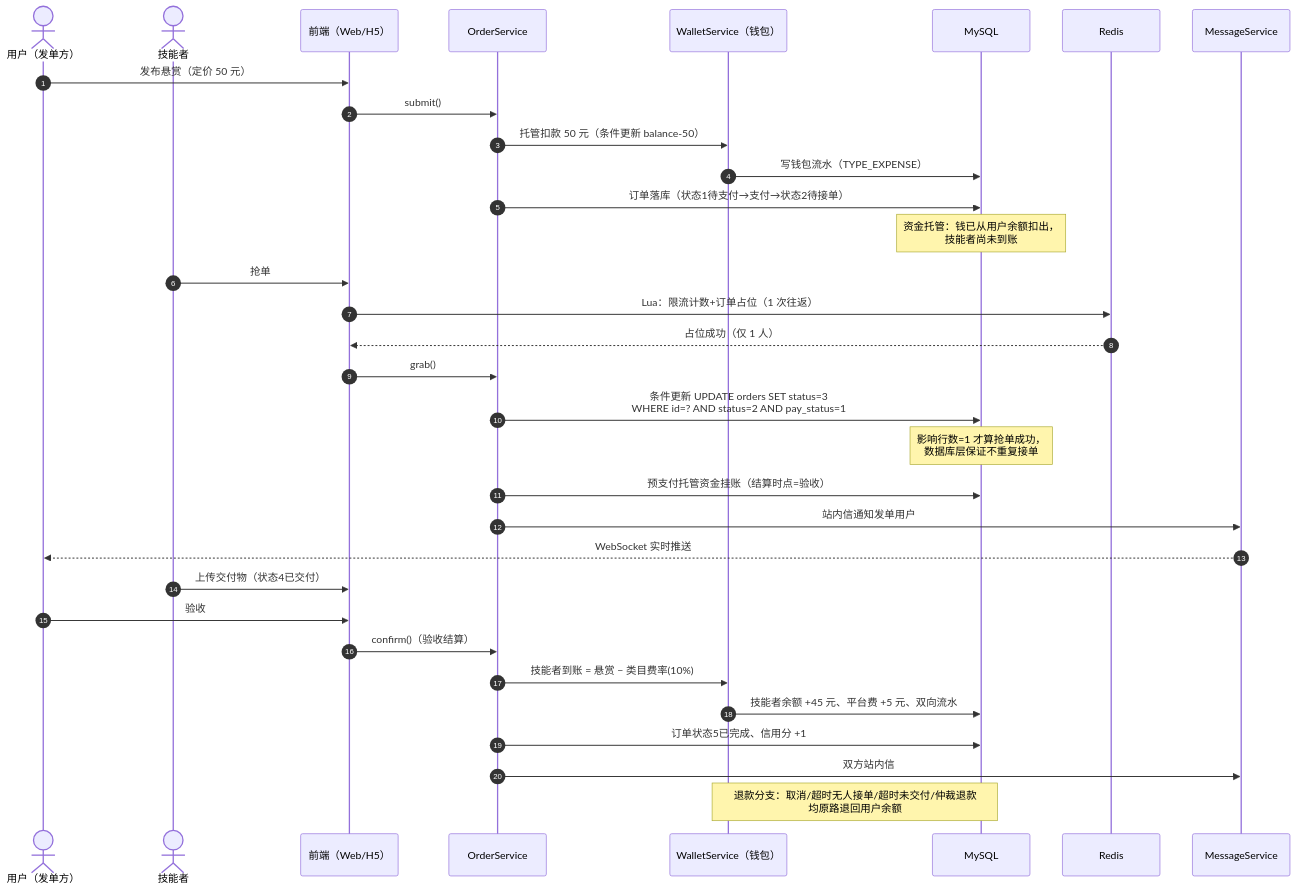
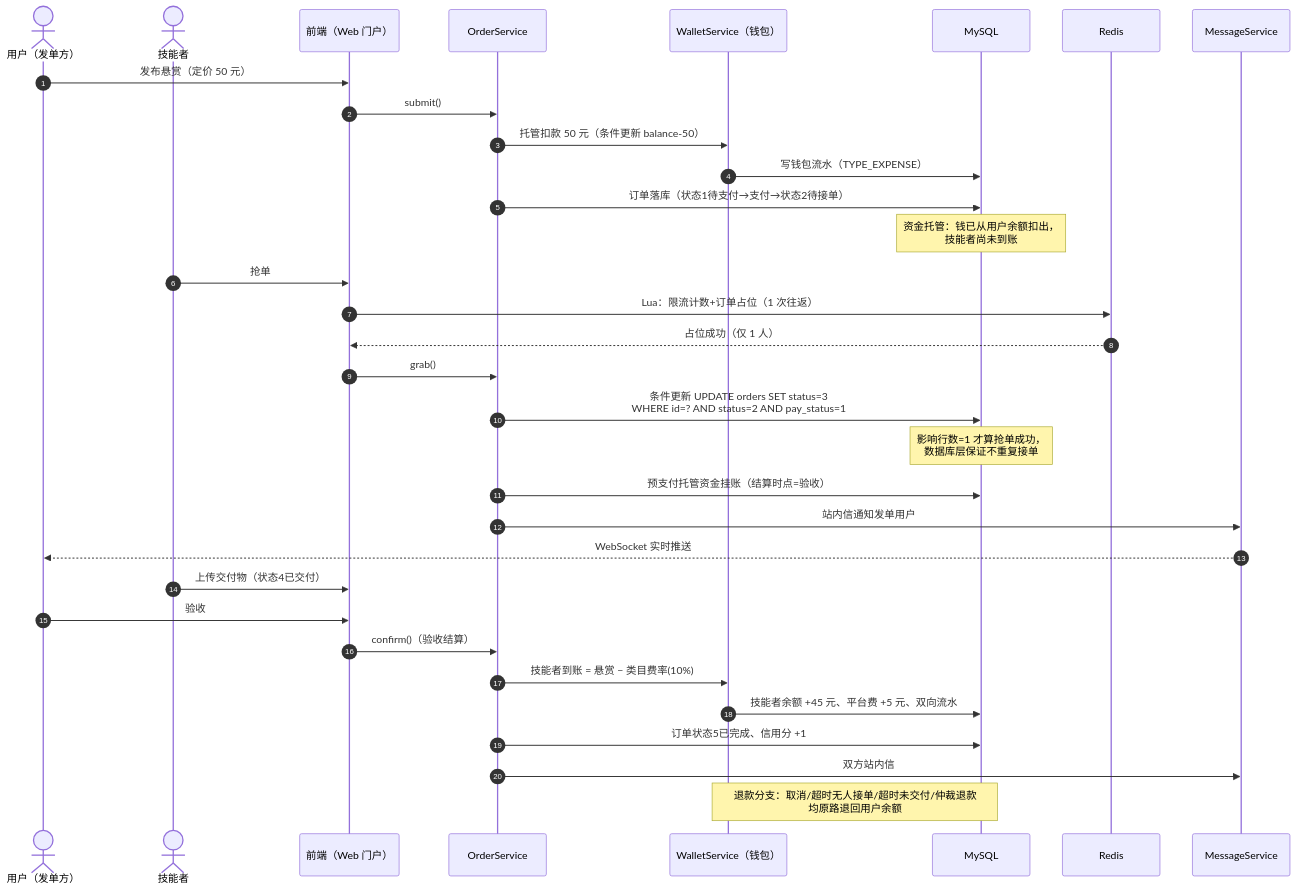
One commit to istilljump/campus-skill changed the diagram in docs/论文图/03-支付托管与结算时序图.mmd. Above: the diagram before and after it, drawn with Mermaid. The commit also changed 21 other files, not shown here.

```diff
--- a/docs/论文图/03-支付托管与结算时序图.mmd
+++ b/docs/论文图/03-支付托管与结算时序图.mmd
@@ -1,36 +1,36 @@
 sequenceDiagram
     autonumber
     actor U as 用户（发单方）
     actor S as 技能者
-    participant FE as 前端（Web/H5）
+    participant FE as 前端（Web 门户）
     participant OS as OrderService
     participant WS as WalletService（钱包）
     participant DB as MySQL
     participant R as Redis
     participant MQ as MessageService
 
     U->>FE: 发布悬赏（定价 50 元）
     FE->>OS: submit()
     OS->>WS: 托管扣款 50 元（条件更新 balance-50）
     WS->>DB: 写钱包流水（TYPE_EXPENSE）
     OS->>DB: 订单落库（状态1待支付→支付→状态2待接单）
     Note over DB: 资金托管：钱已从用户余额扣出，<br/>技能者尚未到账
 
     S->>FE: 抢单
     FE->>R: Lua：限流计数+订单占位（1 次往返）
     R-->>FE: 占位成功（仅 1 人）
     FE->>OS: grab()
     OS->>DB: 条件更新 UPDATE orders SET status=3<br/>WHERE id=? AND status=2 AND pay_status=1
     Note over DB: 影响行数=1 才算抢单成功，<br/>数据库层保证不重复接单
     OS->>DB: 预支付托管资金挂账（结算时点=验收）
     OS->>MQ: 站内信通知发单用户
     MQ-->>U: WebSocket 实时推送
 
     S->>FE: 上传交付物（状态4已交付）
     U->>FE: 验收
     FE->>OS: confirm()（验收结算）
     OS->>WS: 技能者到账 = 悬赏 − 类目费率(10%)
     WS->>DB: 技能者余额 +45 元、平台费 +5 元、双向流水
     OS->>DB: 订单状态5已完成、信用分 +1
     OS->>MQ: 双方站内信
     Note over WS,DB: 退款分支：取消/超时无人接单/超时未交付/仲裁退款<br/>均原路退回用户余额
```
